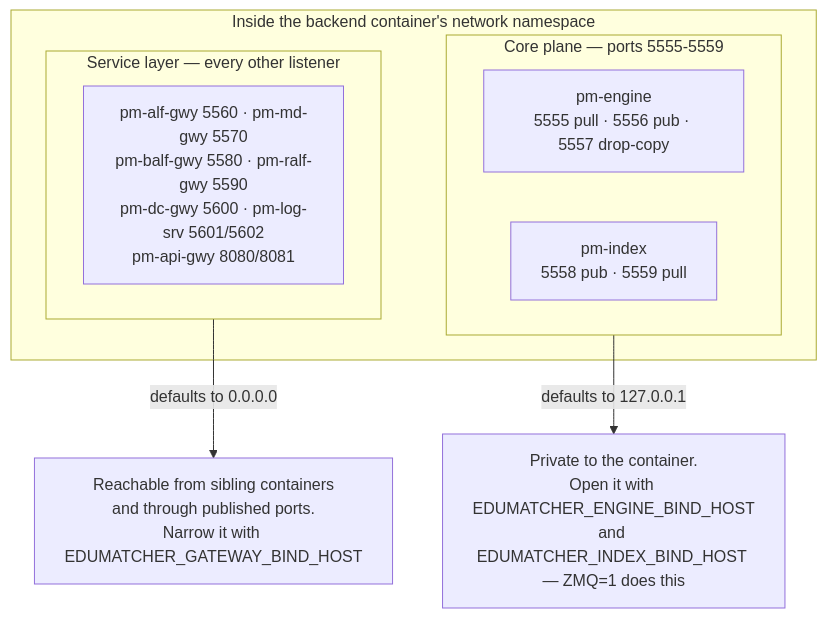
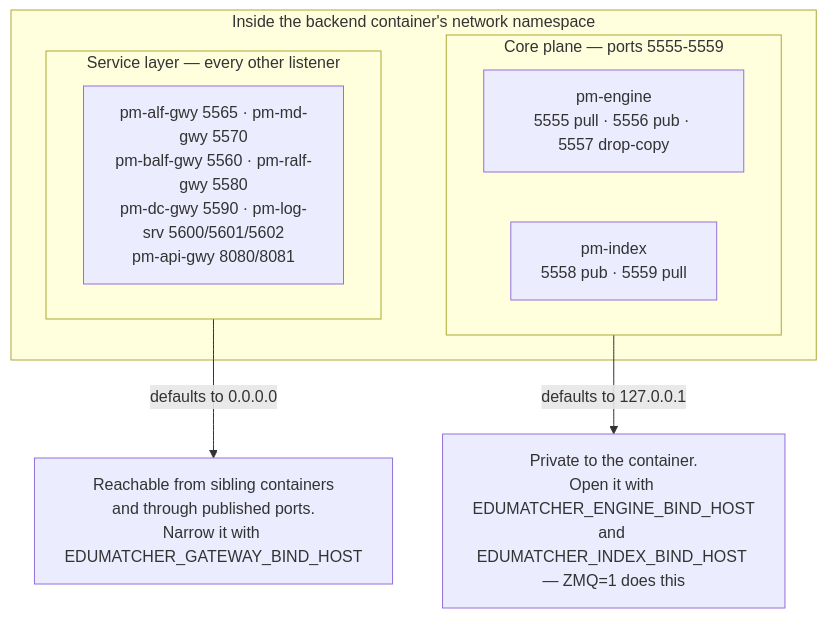
The second of 2 diagrams in docs/user-guide/005-installation.md (johan162/EduMatcher), drawn with Mermaid before and after one commit. The commit also changed other lines of this file and 4 other files, not shown here.

Commit message:
docs(user-guide): fix command/output/schema errors in intro chapters

````diff
--- a/docs/user-guide/005-installation.md
+++ b/docs/user-guide/005-installation.md
@@ -400,14 +407,14 @@
 ```mermaid
 flowchart TB
     subgraph ns["Inside the backend container's network namespace"]
         subgraph core["Core plane — ports 5555-5559"]
             ENG["pm-engine\n5555 pull · 5556 pub · 5557 drop-copy"]
             IDX["pm-index\n5558 pub · 5559 pull"]
         end
         subgraph svc["Service layer — every other listener"]
-            GW["pm-alf-gwy 5560 · pm-md-gwy 5570\npm-balf-gwy 5580 · pm-ralf-gwy 5590\npm-dc-gwy 5600 · pm-log-srv 5601/5602\npm-api-gwy 8080/8081"]
+            GW["pm-alf-gwy 5565 · pm-md-gwy 5570\npm-balf-gwy 5560 · pm-ralf-gwy 5580\npm-dc-gwy 5590 · pm-log-srv 5600/5601/5602\npm-api-gwy 8080/8081"]
         end
     end
     core -->|"defaults to 127.0.0.1"| N1["Private to the container.\nOpen it with EDUMATCHER_ENGINE_BIND_HOST\nand EDUMATCHER_INDEX_BIND_HOST — ZMQ=1 does this"]
     svc -->|"defaults to 0.0.0.0"| N2["Reachable from sibling containers\nand through published ports.\nNarrow it with EDUMATCHER_GATEWAY_BIND_HOST"]
 ```
````
